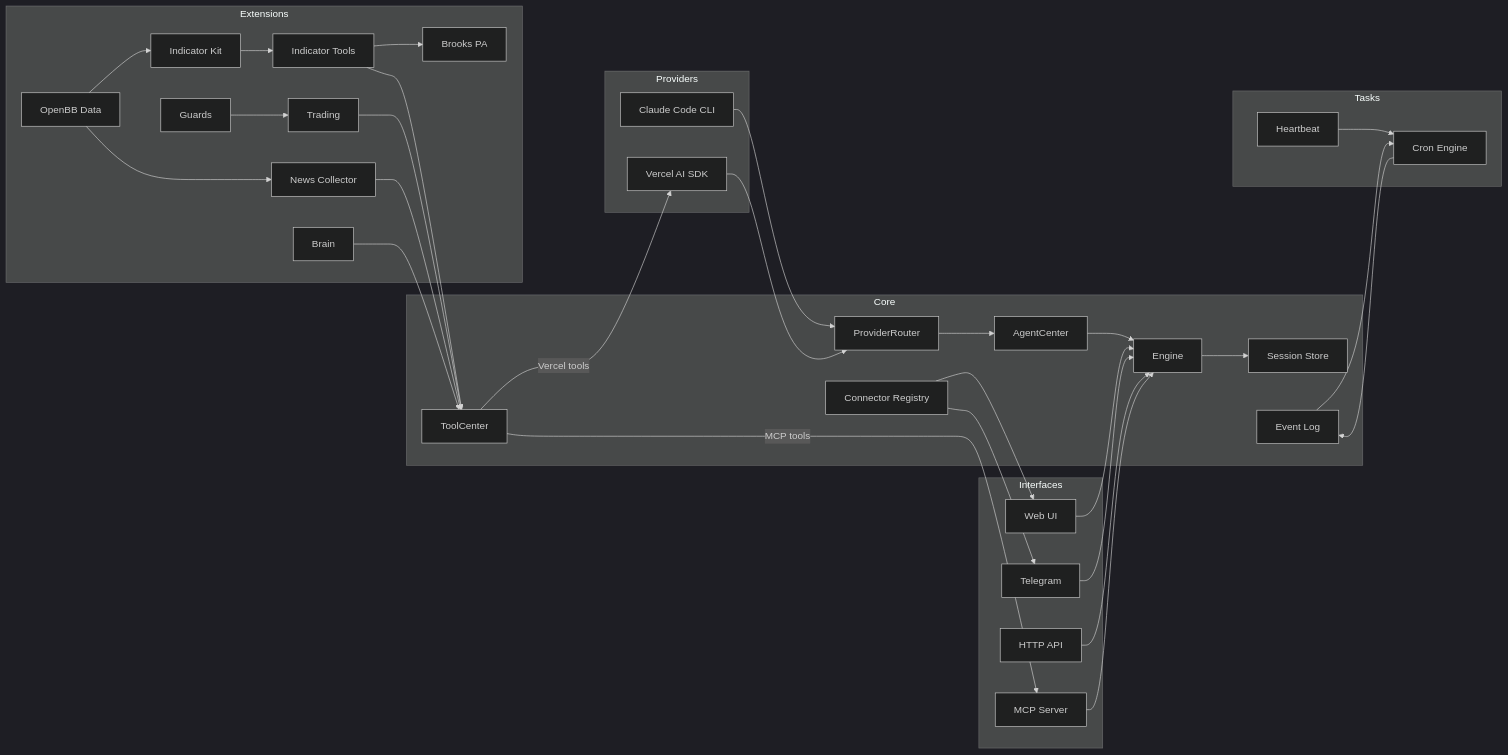
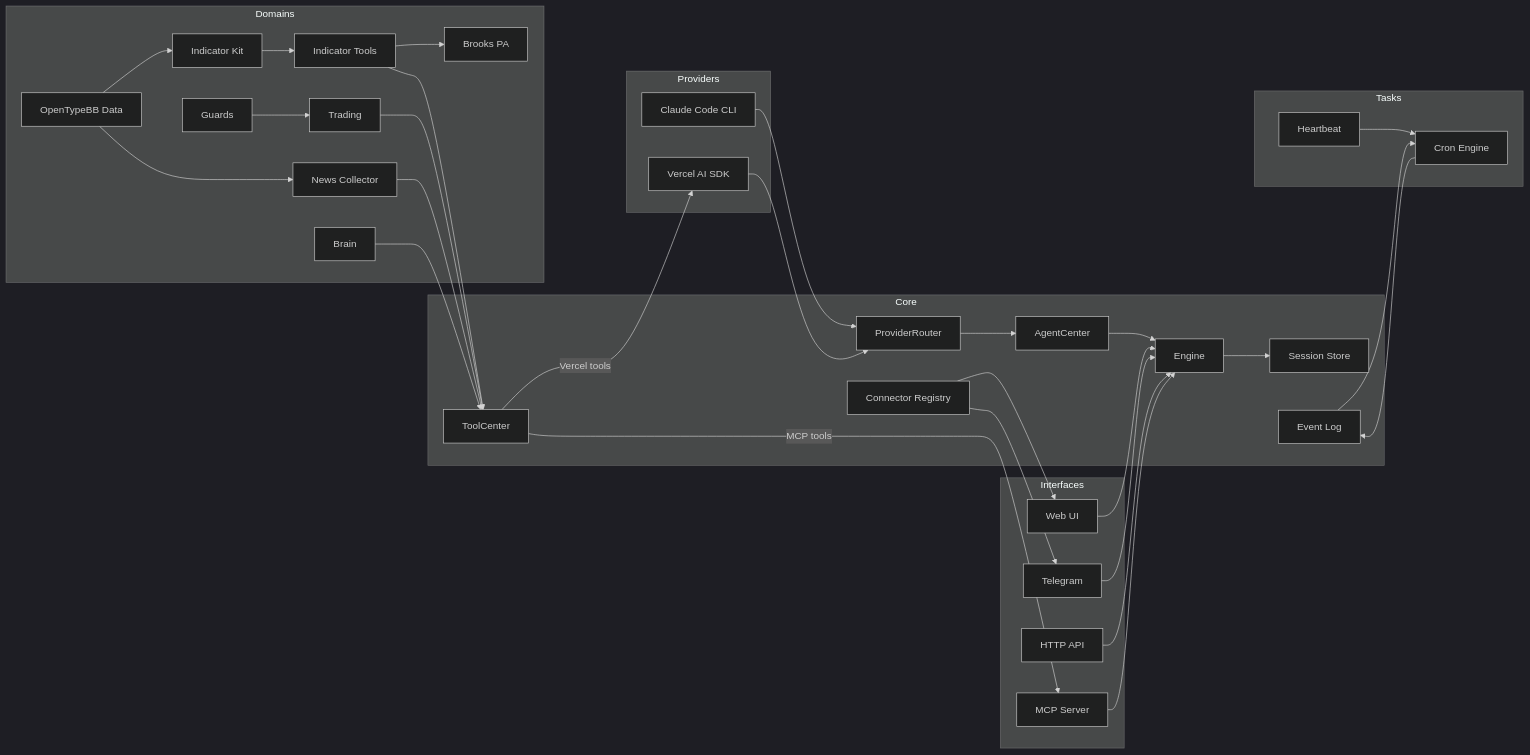
Before and after one commit to sybapp/OpenAlice: the diagram in README.md, drawn with Mermaid (dark theme). The commit also changed other lines of this file and 384 other files, not shown here.

````diff
--- a/README.md
+++ b/README.md
@@ -54,66 +54,66 @@
 ```mermaid
 graph LR
   subgraph Providers
     CC[Claude Code CLI]
     VS[Vercel AI SDK]
   end
 
   subgraph Core
     PR[ProviderRouter]
     AC[AgentCenter]
     E[Engine]
     TC[ToolCenter]
     S[Session Store]
     EL[Event Log]
     CR[Connector Registry]
   end
 
-  subgraph Extensions
-    OBB[OpenBB Data]
+  subgraph Domains
+    OBB[OpenTypeBB Data]
     IK[Indicator Kit]
     IT[Indicator Tools]
     BPA[Brooks PA]
     TR[Trading]
     GD[Guards]
     NC[News Collector]
     BR[Brain]
   end
 
   subgraph Tasks
     CRON[Cron Engine]
     HB[Heartbeat]
   end
 
   subgraph Interfaces
     WEB[Web UI]
     TG[Telegram]
     HTTP[HTTP API]
     MCP[MCP Server]
   end
 
   CC --> PR
   VS --> PR
   PR --> AC
   AC --> E
   E --> S
   TC -->|Vercel tools| VS
   TC -->|MCP tools| MCP
   OBB --> IK
   OBB --> NC
   IK --> IT
   IT --> TC
   IT --> BPA
   TR --> TC
   GD --> TR
   NC --> TC
   BR --> TC
   CRON --> EL
   HB --> CRON
   EL --> CRON
   CR --> WEB
   CR --> TG
   WEB --> E
   TG --> E
   HTTP --> E
   MCP --> E
 ```
````
